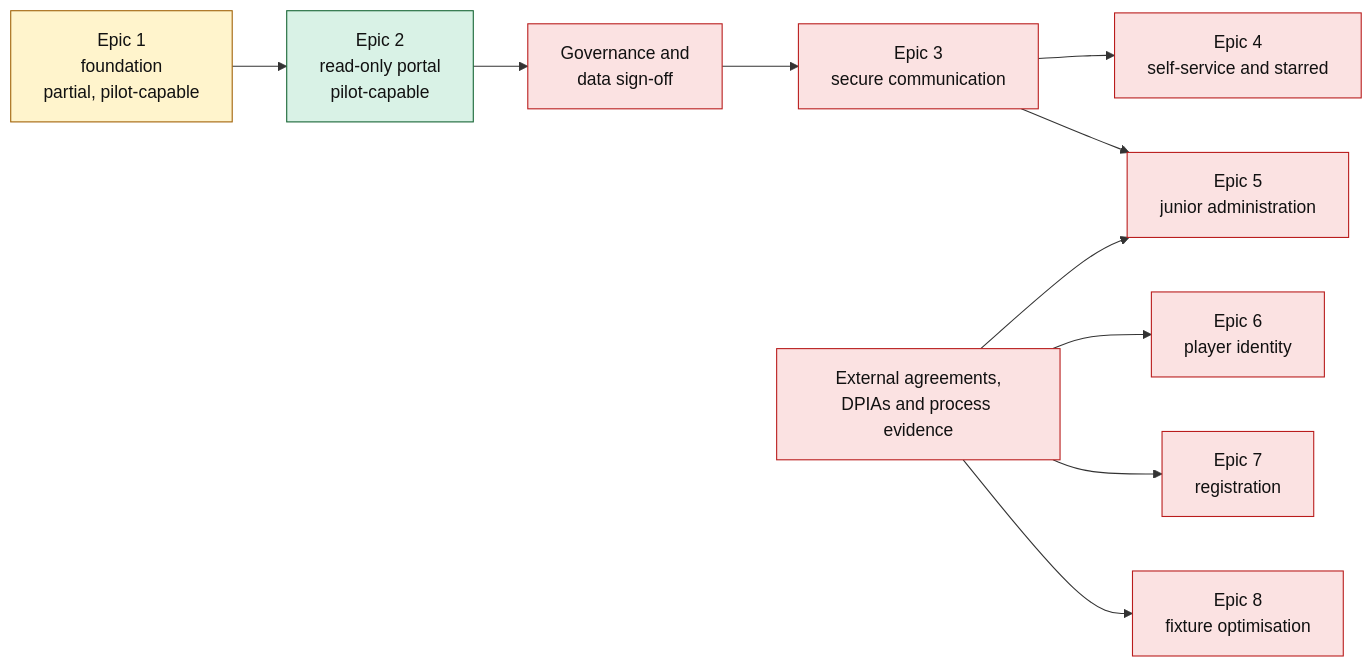
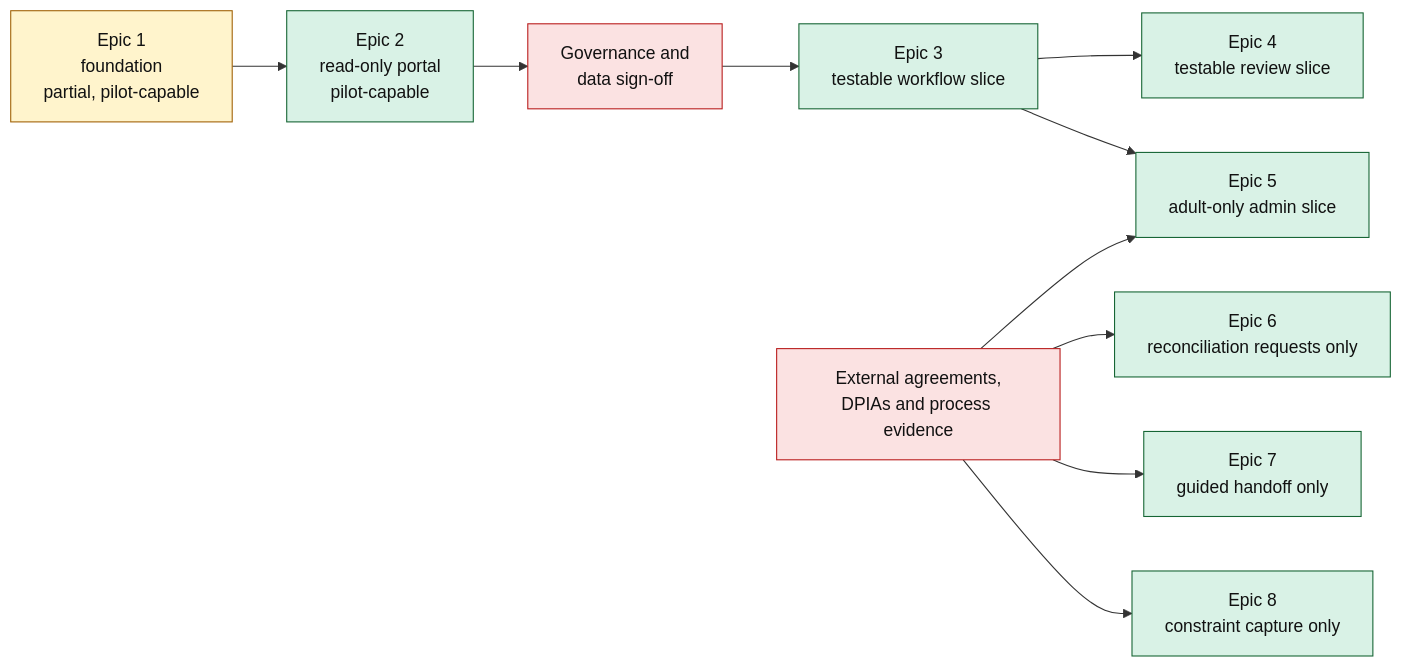
The diagram in docs/club-operations-portal/18-implementation-status-and-delivery-gates.md (warren2314/gmcl), drawn with Mermaid before and after one commit. The commit also changed other lines of this file and 15 other files, not shown here.

````diff
--- a/docs/club-operations-portal/18-implementation-status-and-delivery-gates.md
+++ b/docs/club-operations-portal/18-implementation-status-and-delivery-gates.md
@@ -25,19 +25,19 @@
 ```mermaid
 flowchart LR
     E1["Epic 1<br/>foundation<br/>partial, pilot-capable"] --> E2["Epic 2<br/>read-only portal<br/>pilot-capable"]
     E2 --> G["Governance and<br/>data sign-off"]
-    G --> E3["Epic 3<br/>secure communication"]
-    E3 --> E4["Epic 4<br/>self-service and starred"]
-    E3 --> E5["Epic 5<br/>junior administration"]
+    G --> E3["Epic 3<br/>testable workflow slice"]
+    E3 --> E4["Epic 4<br/>testable review slice"]
+    E3 --> E5["Epic 5<br/>adult-only admin slice"]
     X["External agreements,<br/>DPIAs and process evidence"] --> E5
-    X --> E6["Epic 6<br/>player identity"]
-    X --> E7["Epic 7<br/>registration"]
-    X --> E8["Epic 8<br/>fixture optimisation"]
+    X --> E6["Epic 6<br/>reconciliation requests only"]
+    X --> E7["Epic 7<br/>guided handoff only"]
+    X --> E8["Epic 8<br/>constraint capture only"]
 
     classDef ready fill:#d9f2e6,stroke:#166534,color:#111;
     classDef partial fill:#fff4cc,stroke:#a16207,color:#111;
     classDef gated fill:#fbe2e2,stroke:#b91c1c,color:#111;
-    class E2 ready;
+    class E2,E3,E4,E5,E6,E7,E8 ready;
     class E1 partial;
-    class E3,E4,E5,E6,E7,E8,G,X gated;
+    class G,X gated;
 ```
````
